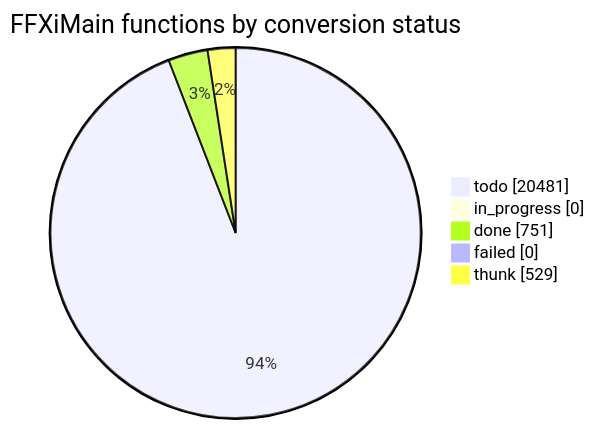
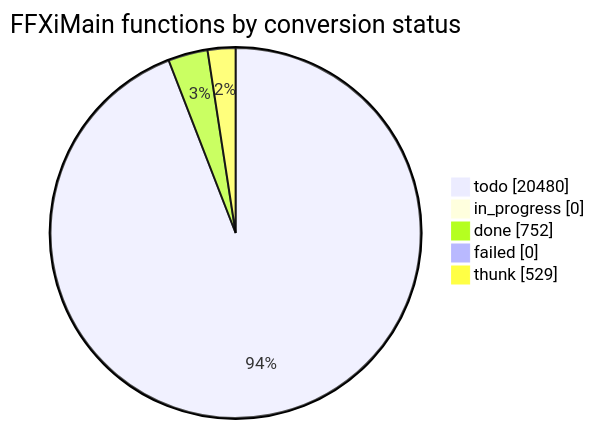
Before and after one commit to cowrevenge/cow_kuluu_xi_anything: the diagram in docs/cow/STATUS.md, drawn with Mermaid. The commit also changed other lines of this file and 9 other files, not shown here.

````diff
--- a/docs/cow/STATUS.md
+++ b/docs/cow/STATUS.md
@@ -18,9 +18,9 @@
 ```mermaid
 pie showData
     title FFXiMain functions by conversion status
-    "todo" : 20481
+    "todo" : 20480
     "in_progress" : 0
-    "done" : 751
+    "done" : 752
     "failed" : 0
     "thunk" : 529
 ```
````
